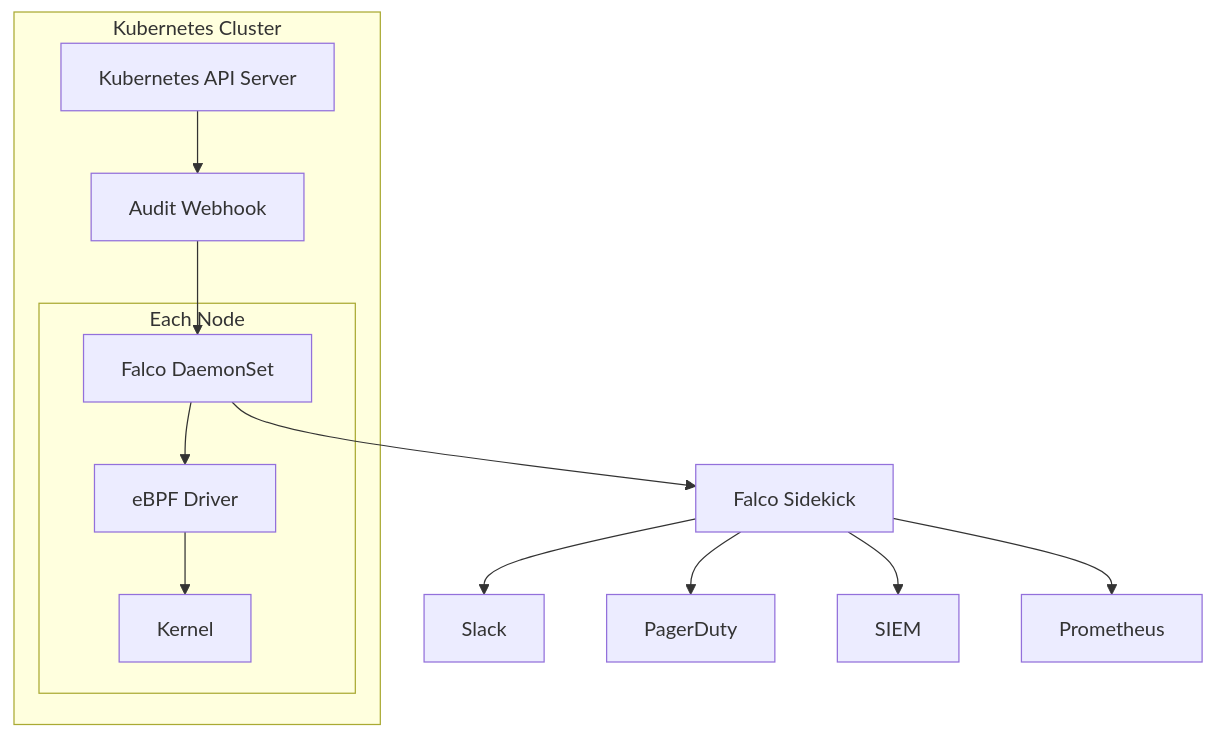
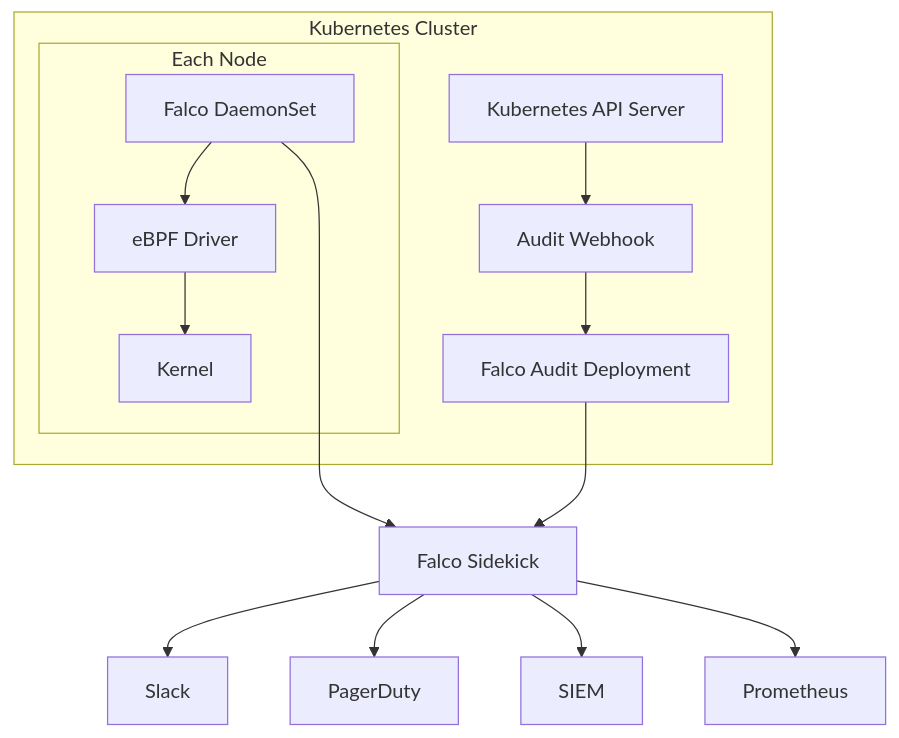
Before and after one commit to OneUptime/blog: the second of 2 diagrams in posts/2026-01-28-falco-container-security/README.md, drawn with Mermaid. The commit also changed other lines of this file and 2 other files, not shown here.

Commit message:
validate: 2026-01-28-falco-container-security

````diff
--- a/posts/2026-01-28-falco-container-security/README.md
+++ b/posts/2026-01-28-falco-container-security/README.md
@@ -256,17 +291,18 @@
 ```mermaid
 flowchart TB
     subgraph "Kubernetes Cluster"
         subgraph "Each Node"
             A[Falco DaemonSet] --> B[eBPF Driver]
             B --> C[Kernel]
         end
         D[Kubernetes API Server] --> E[Audit Webhook]
-        E --> A
+        E --> K[Falco Audit Deployment]
     end
 
     A --> F[Falco Sidekick]
+    K --> F
     F --> G[Slack]
     F --> H[PagerDuty]
     F --> I[SIEM]
     F --> J[Prometheus]
 ```
````
